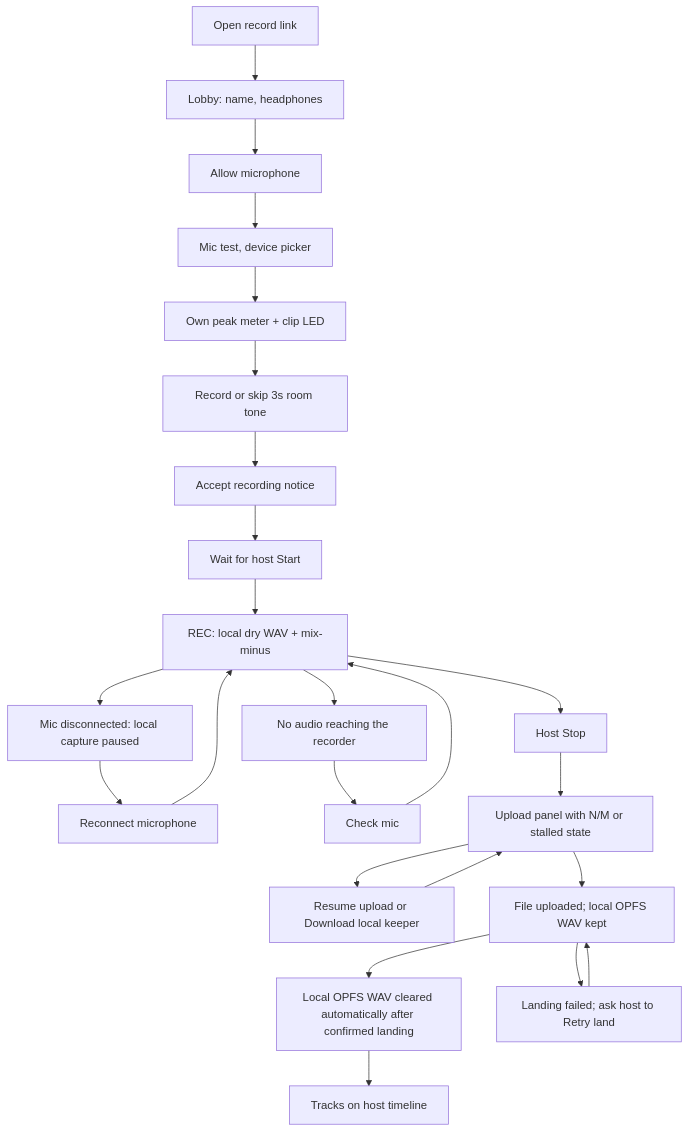
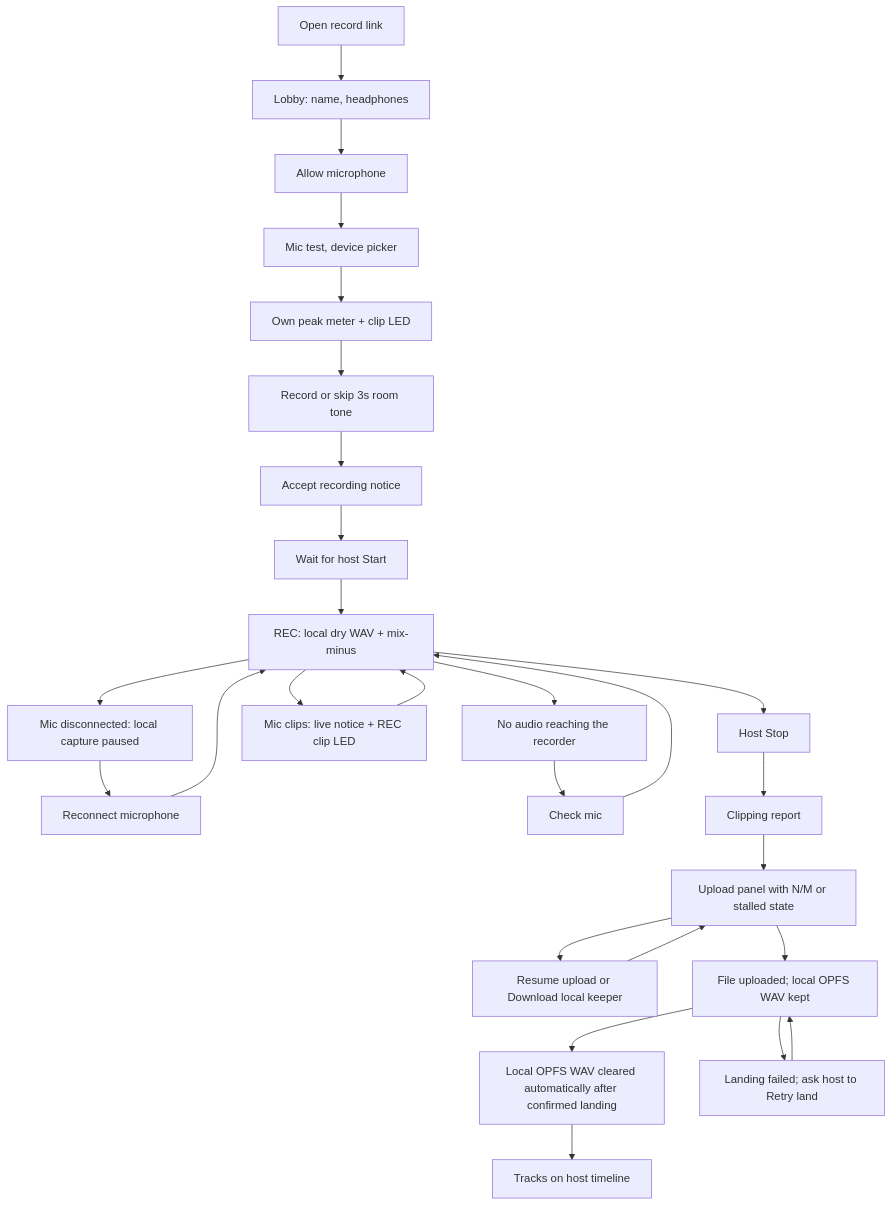
The fifth of 6 diagrams in ux/pages/guest-journeys.md (calebn/sharecut-studio), drawn with Mermaid before and after one commit. The commit also changed 26 other files, not shown here.

Commit message:
feat(record): live clipping state, REC clip LED and post-take report

````diff
--- a/ux/pages/guest-journeys.md
+++ b/ux/pages/guest-journeys.md
@@ -127,26 +127,29 @@
 ```mermaid
 flowchart TD
   open[Open record link] --> lobby[Lobby: name, headphones]
   lobby --> devices[Allow microphone]
   devices --> mic[Mic test, device picker]
   mic --> meter[Own peak meter + clip LED]
   meter --> roomTone[Record or skip 3s room tone]
   roomTone --> consent[Accept recording notice]
   consent --> wait[Wait for host Start]
   wait --> rec[REC: local dry WAV + mix-minus]
   rec --> lost[Mic disconnected: local capture paused]
   lost --> reconnect[Reconnect microphone]
   reconnect --> rec
   rec --> silent[No audio reaching the recorder]
   silent --> check[Check mic]
   check --> rec
+  rec --> clip[Mic clips: live notice + REC clip LED]
+  clip --> rec
   rec --> stop[Host Stop]
-  stop --> upload[Upload panel with N/M or stalled state]
+  stop --> report[Clipping report]
+  report --> upload[Upload panel with N/M or stalled state]
   upload --> recovery[Resume upload or Download local keeper]
   recovery --> upload
   upload --> staged[File uploaded; local OPFS WAV kept]
   staged --> opfs[Local OPFS WAV cleared automatically after confirmed landing]
   staged --> failed[Landing failed; ask host to Retry land]
   failed --> staged
   opfs --> done[Tracks on host timeline]
 ```
````
